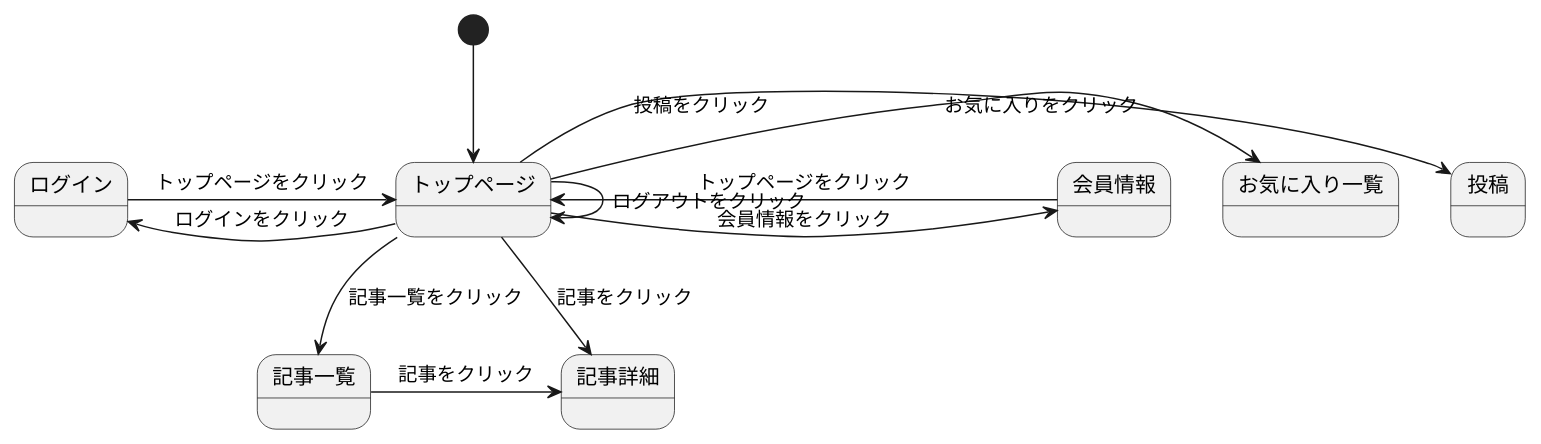
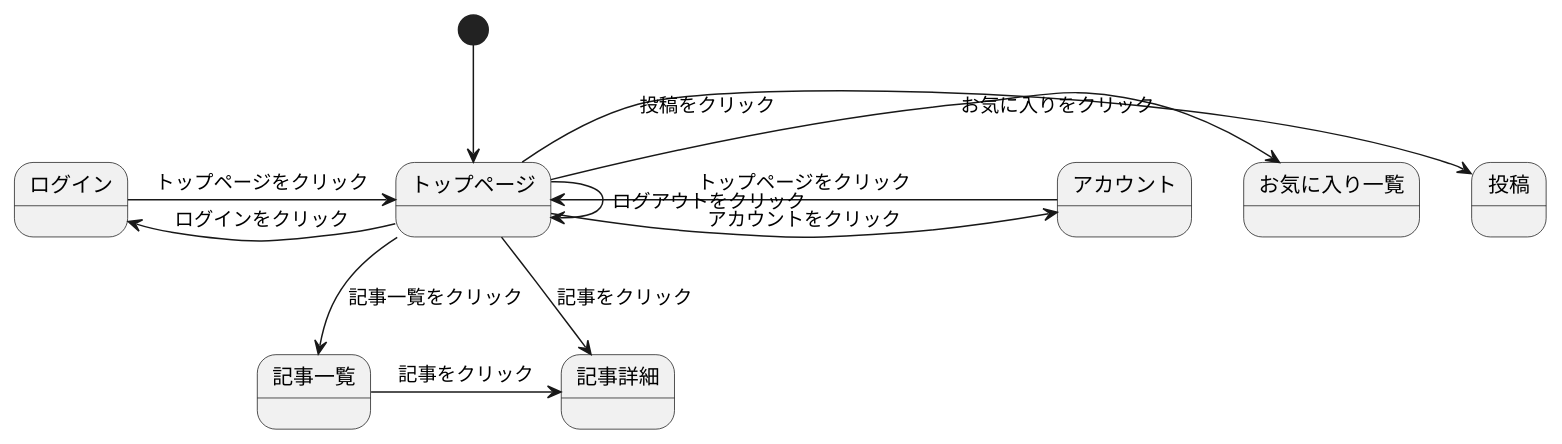
The diagram in 後期画面遷移.md (Aso2001001/2022System), drawn with PlantUML before and after one commit.

````diff
--- a/後期画面遷移.md
+++ b/後期画面遷移.md
@@ -1,18 +1,18 @@
 ```uml
 @startuml
 [*] --> トップページ
 
-トップページ -> 会員情報 : 会員情報をクリック
+トップページ -> アカウント : アカウントをクリック
 トップページ -> 記事詳細 : 記事をクリック
 トップページ -> トップページ : ログアウトをクリック
 トップページ -left-> ログイン : ログインをクリック
 トップページ --> 記事一覧 : 記事一覧をクリック
 トップページ -> 投稿 : 投稿をクリック
 トップページ -> お気に入り一覧 : お気に入りをクリック
 記事一覧 -> 記事詳細 : 記事をクリック
 ログイン -> トップページ : トップページをクリック
-会員情報 -> トップページ : トップページをクリック
+アカウント -> トップページ : トップページをクリック
 
 
 @enduml
 ```
````
